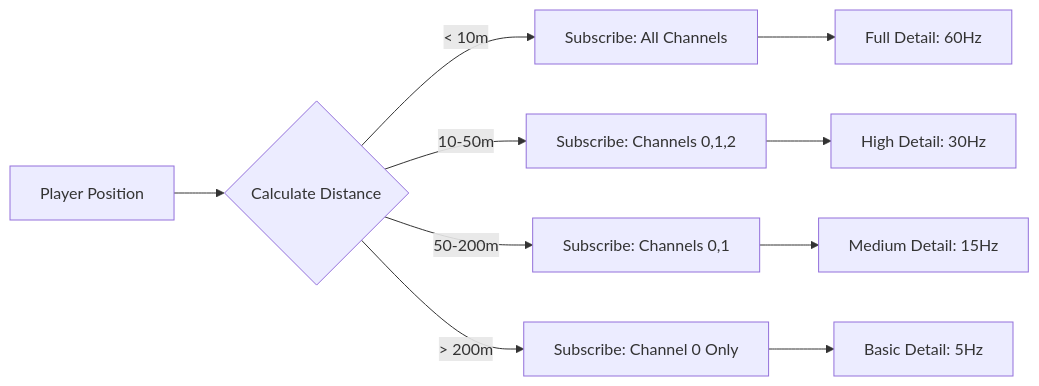
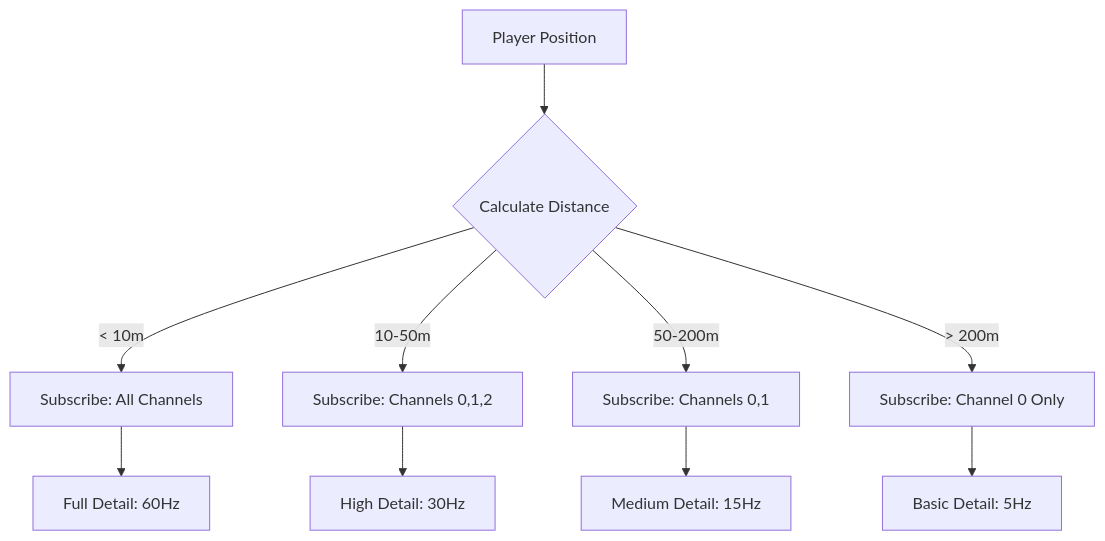
One commit to Far-Beyond-Dev/blog changed the fourth of 5 diagrams in public/blogs/game-replication.md. Above: the diagram before and after it, drawn with Mermaid. The commit also changed other lines of this file, not shown here.

````diff
--- a/public/blogs/game-replication.md
+++ b/public/blogs/game-replication.md
@@ -166,13 +166,13 @@
 ```mermaid
-graph LR
+graph TB
     A[Player Position] --> B{Calculate Distance}
-    B -->| < 10m | C[Subscribe: All Channels]
-    B -->| 10-50m | D[Subscribe: Channels 0,1,2]
-    B -->| 50-200m | E[Subscribe: Channels 0,1]
-    B -->| > 200m | F[Subscribe: Channel 0 Only]
+    B -->|< 10m| C[Subscribe: All Channels]
+    B -->|10-50m| D[Subscribe: Channels 0,1,2]
+    B -->|50-200m| E[Subscribe: Channels 0,1]
+    B -->|"&gt; 200m"| F[Subscribe: Channel 0 Only]
     
     C --> G[Full Detail: 60Hz]
     D --> H[High Detail: 30Hz]
     E --> I[Medium Detail: 15Hz]
     F --> J[Basic Detail: 5Hz]
 ```
````
